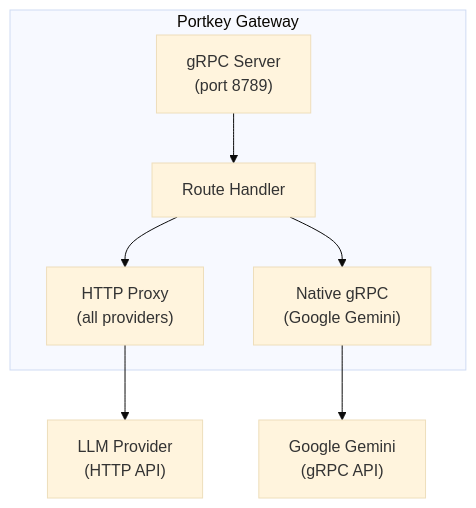
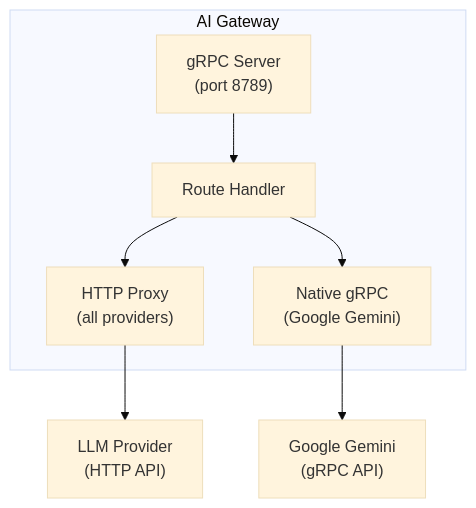
The diagram in aigw/product/ai-gateway/grpc.mdx (Portkey-AI/docs-core), drawn with Mermaid (base theme) before and after one commit. The commit also changed other lines of this file and 174 other files, not shown here.

````diff
--- a/aigw/product/ai-gateway/grpc.mdx
+++ b/aigw/product/ai-gateway/grpc.mdx
@@ -25,16 +25,16 @@
 ```mermaid
 flowchart TD
-    subgraph gateway["Portkey Gateway"]
+    subgraph gateway["AI Gateway"]
         grpc["gRPC Server\n(port 8789)"]
         router["Route Handler"]
         proxy["HTTP Proxy\n(all providers)"]
         native["Native gRPC\n(Google Gemini)"]
 
         grpc --> router
         router --> proxy
         router --> native
     end
 
     proxy --> llm["LLM Provider\n(HTTP API)"]
     native --> gemini["Google Gemini\n(gRPC API)"]
 ```
````
